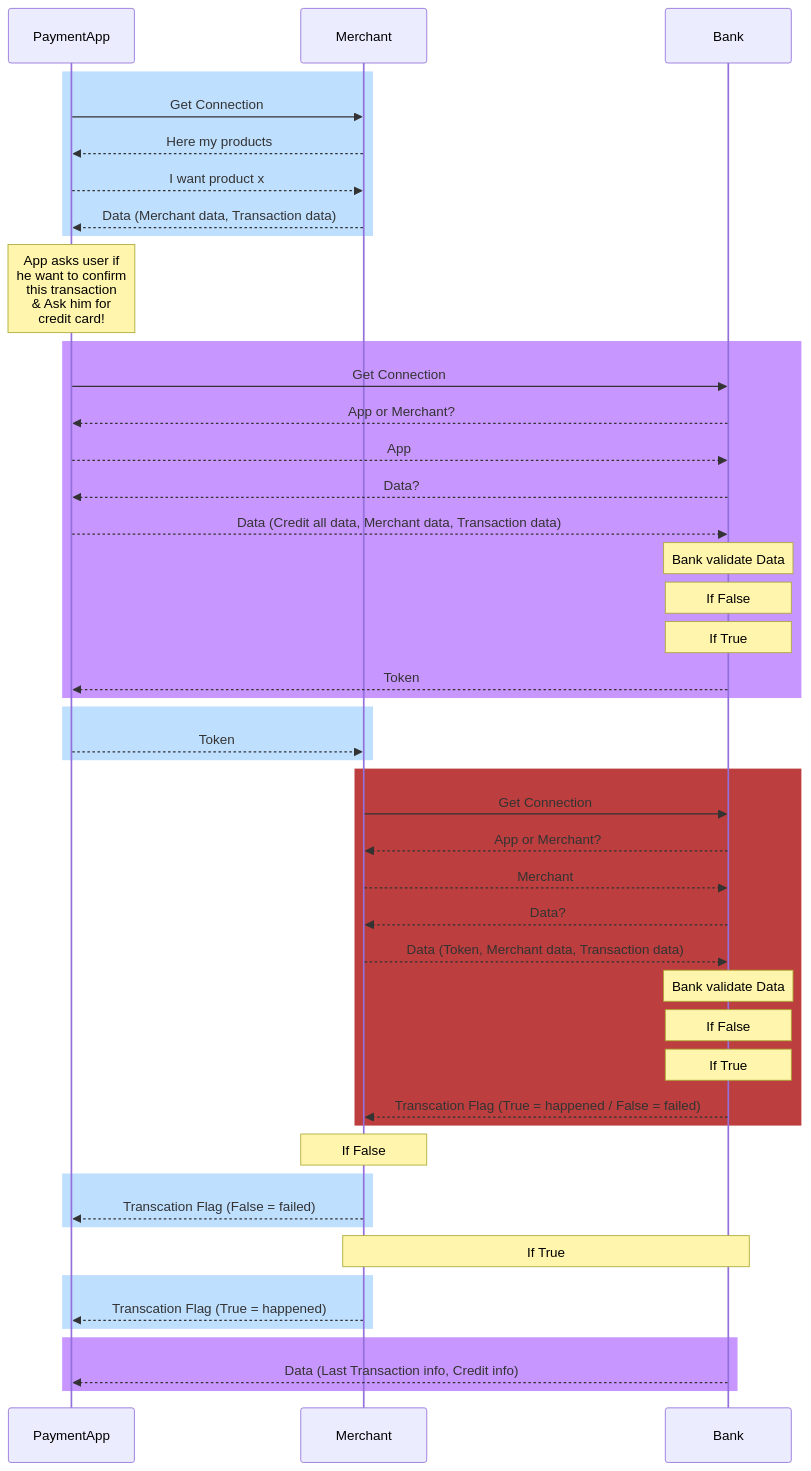
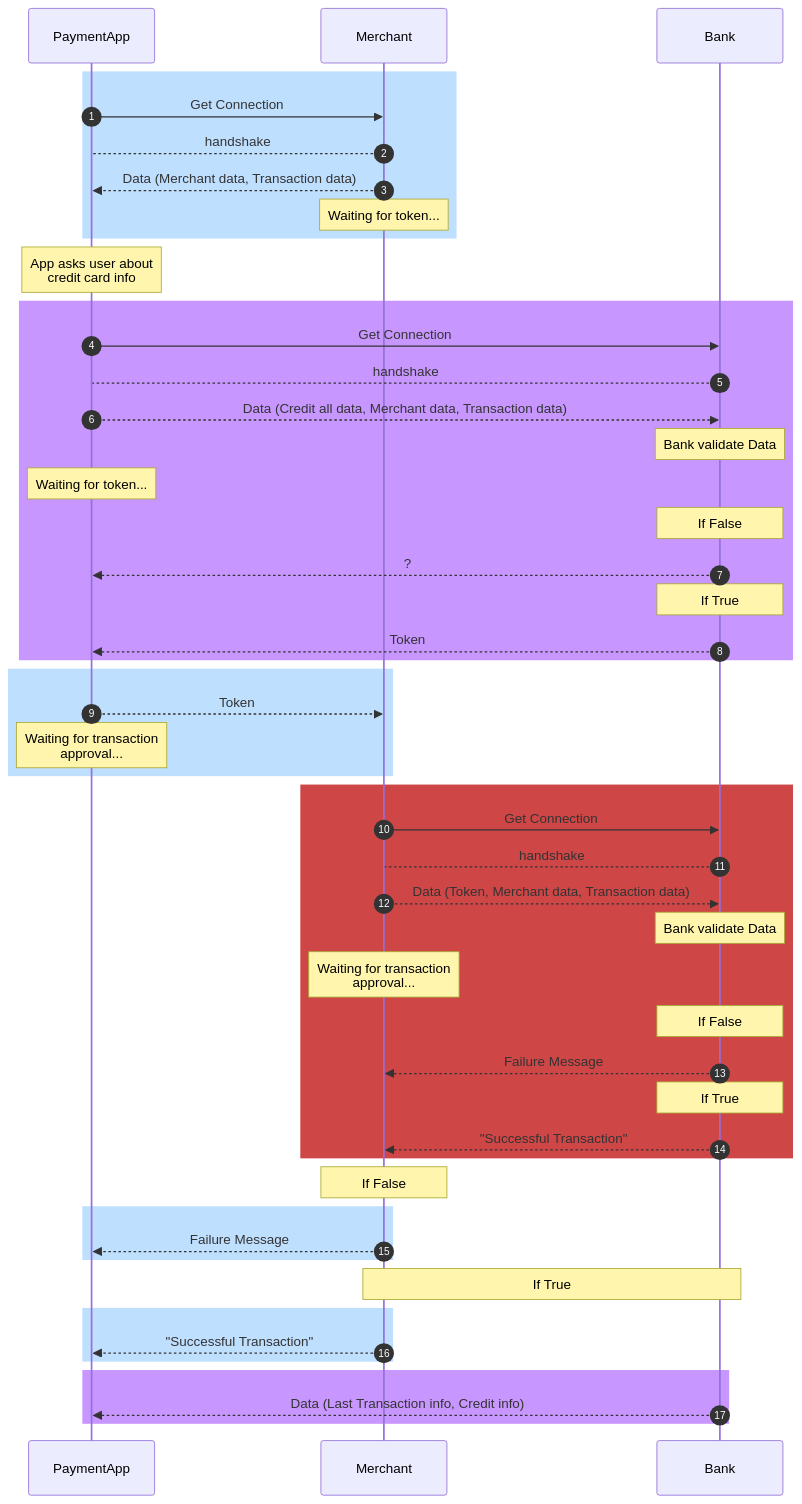
Before and after one commit to Mohamed0x3/CreditCard_Tokenization: the diagram in README.md, drawn with Mermaid. The commit also changed other lines of this file, not shown here.

````diff
--- a/README.md
+++ b/README.md
@@ -5,49 +7,101 @@
 ```mermaid
+
 sequenceDiagram
+
+autonumber
+
 rect rgb(191, 223, 255)
+
 PaymentApp ->> Merchant: Get Connection
-Merchant -->> PaymentApp: Here my products
-PaymentApp-->> Merchant: I want product x
+
+Merchant --> PaymentApp: handshake
+
 Merchant -->> PaymentApp: Data (Merchant data, Transaction data)
+
+Note over Merchant: Waiting for token...
+
 end
-Note over PaymentApp: App asks user if <br/> he want to confirm <br/> this transaction <br/> & Ask him for<br/> credit card!
+
+Note over PaymentApp: App asks user about <br/> credit card info
 
 rect rgb(200, 150, 255)
+
 PaymentApp ->> Bank: Get Connection
-Bank -->> PaymentApp: App or Merchant?
-PaymentApp -->> Bank: App
-Bank -->> PaymentApp: Data?
+
+Bank --> PaymentApp: handshake
+
 PaymentApp -->> Bank: Data (Credit all data, Merchant data, Transaction data)
+
 Note over Bank: Bank validate Data
+
+Note over PaymentApp: Waiting for token...
+
 Note over Bank: If False
+
+Bank -->> PaymentApp: ?
+
 Note over Bank: If True
+
 Bank -->> PaymentApp: Token
+
 end
 
+
+
 rect rgb(191, 223, 255)
+
 PaymentApp -->> Merchant: Token
+
+Note over PaymentApp: Waiting for transaction <br/> approval...
+
 end
 
-rect rgb(188, 62, 62)
+
+
+rect rgb(207, 70, 71)
+
 Merchant ->> Bank: Get Connection
-Bank -->> Merchant: App or Merchant?
-Merchant -->> Bank: Merchant
-Bank -->> Merchant: Data?
+
+Bank --> Merchant: handshake
+
+
 Merchant -->> Bank: Data (Token, Merchant data, Transaction data)
+
 Note over Bank: Bank validate Data
+
+
+Note over Merchant: Waiting for transaction <br/> approval...
+
 Note over Bank: If False
+
+Bank -->> Merchant: Failure Message
+
 Note over Bank: If True
-Bank -->> Merchant: Transcation Flag (True = happened / False = failed)
+
+Bank -->> Merchant: "Successful Transaction"
+
 end
+
 Note over Merchant: If False
+
 rect rgb(191, 223, 255)
-Merchant -->> PaymentApp: Transcation Flag (False = failed)
+
+Merchant -->> PaymentApp: Failure Message
+
 end
+
 Note over Merchant,Bank: If True
+
 rect rgb(191, 223, 255)
-Merchant -->> PaymentApp: Transcation Flag (True = happened)
+
+Merchant -->> PaymentApp: "Successful Transaction"
+
 end
+
 rect rgb(200, 150, 255)
+
 Bank -->> PaymentApp: Data (Last Transaction info, Credit info)
+
 end
+
 ```
````
